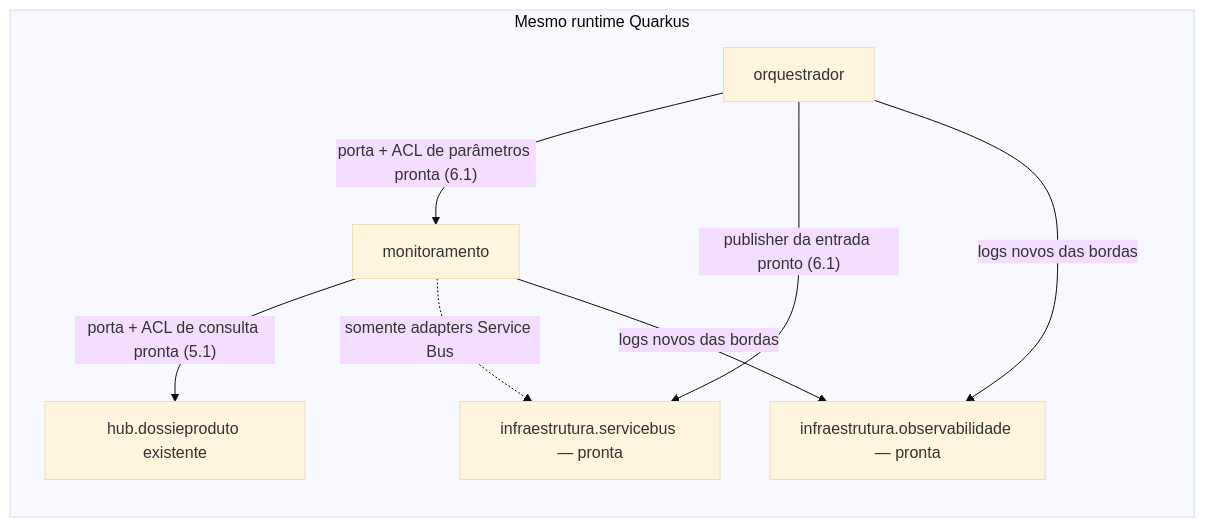
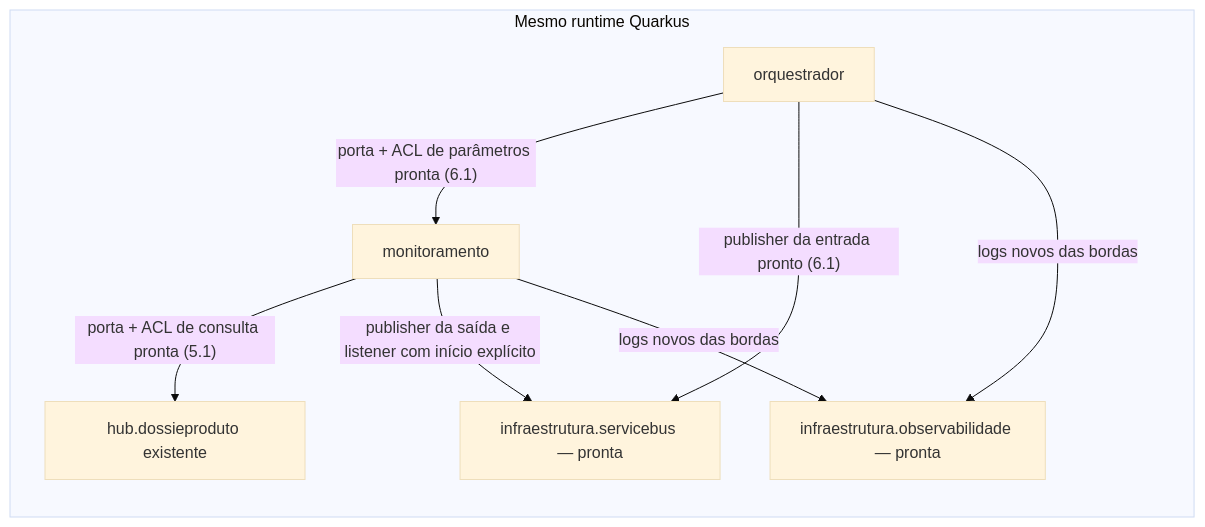
Before and after one commit to edoardo-bianco/arvore-documento-quarkus-proxy-ft-simulador-otel: the first of 2 diagrams in doc/guias/guia-service-bus-amqp-dossie.md, drawn with Mermaid (base theme). The commit also changed other lines of this file and 41 other files, not shown here.

First line of the commit message:
feat: processar e reagendar monitoramento via Service Bus

````diff
--- a/doc/guias/guia-service-bus-amqp-dossie.md
+++ b/doc/guias/guia-service-bus-amqp-dossie.md
@@ -87,16 +94,16 @@
 ```mermaid
 flowchart LR
     subgraph APP["Mesmo runtime Quarkus"]
         ORQ["orquestrador"]
         MON["monitoramento"]
         HUB["hub.dossieproduto existente"]
         SB["infraestrutura.servicebus — pronta"]
         OBS["infraestrutura.observabilidade — pronta"]
         ORQ -->|"porta + ACL de parâmetros pronta (6.1)"| MON
         MON -->|"porta + ACL de consulta pronta (5.1)"| HUB
         ORQ -->|"publisher da entrada pronto (6.1)"| SB
-        MON -. "somente adapters Service Bus" .-> SB
+        MON -->|"publisher da saída e listener com início explícito"| SB
         ORQ -->|"logs novos das bordas"| OBS
         MON -->|"logs novos das bordas"| OBS
     end
 ```
````
